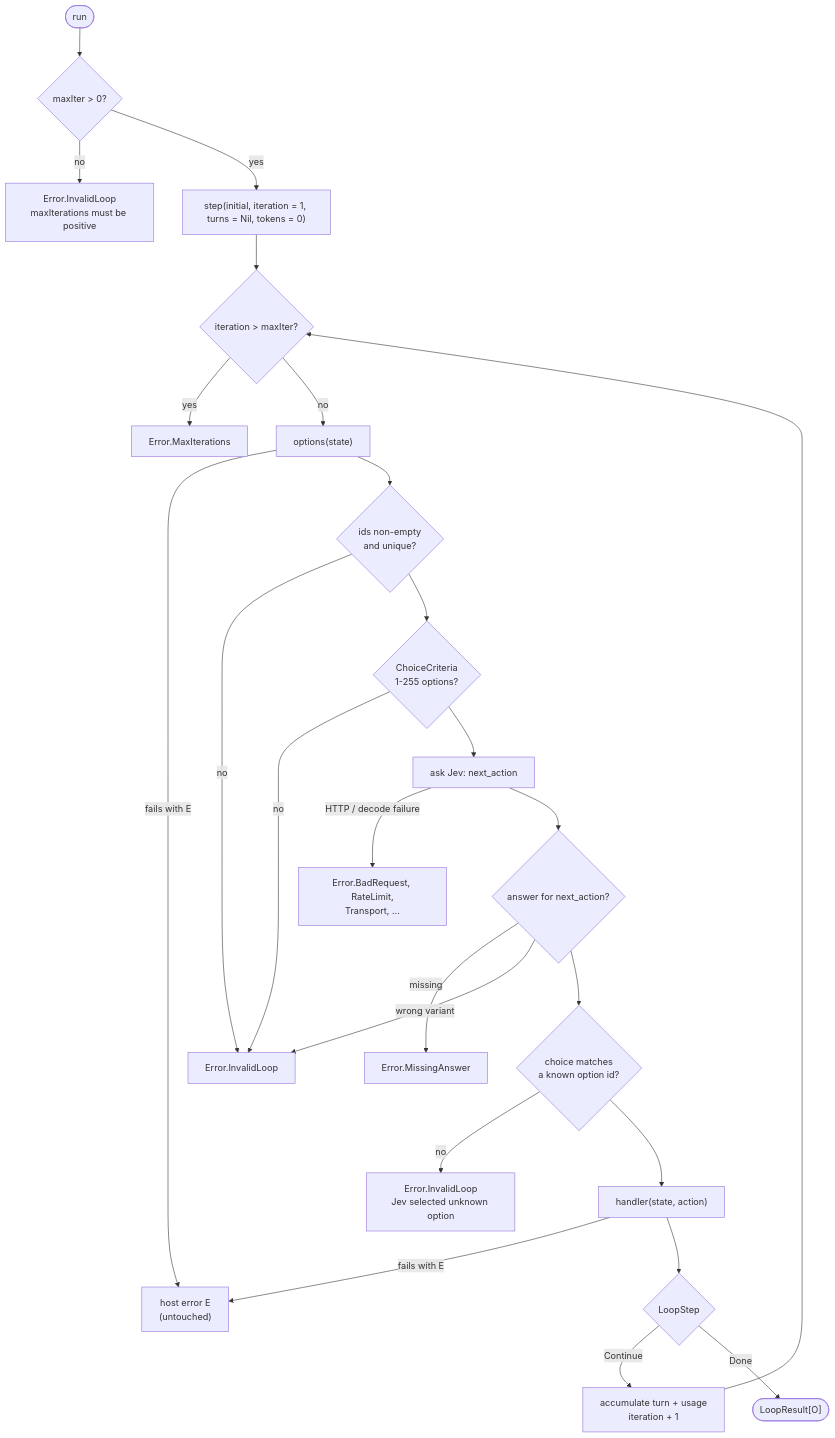
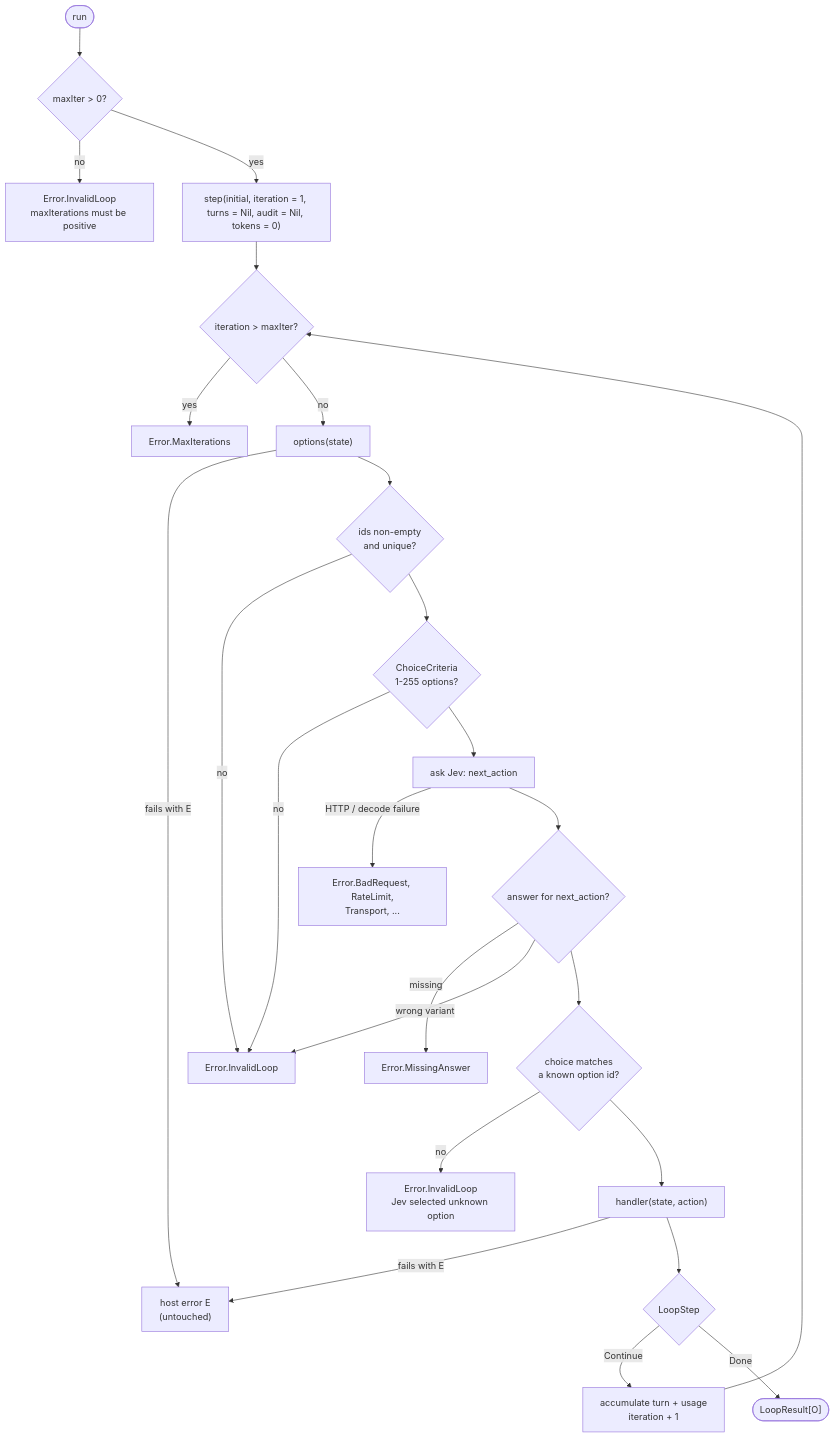
The third of 4 diagrams in docs/loop-architecture.md (jamesward/zio-typesafe-ai), drawn with Mermaid before and after one commit. The commit also changed other lines of this file and 30 other files, not shown here.

````diff
--- a/docs/loop-architecture.md
+++ b/docs/loop-architecture.md
@@ -101,31 +102,31 @@
 ```mermaid
 flowchart TD
     START(["run"]) --> MAXCHK{"maxIter > 0?"}
     MAXCHK -->|no| E1["Error.InvalidLoop<br/>maxIterations must be positive"]
-    MAXCHK -->|yes| STEP["step(initial, iteration = 1, turns = Nil, tokens = 0)"]
+    MAXCHK -->|yes| STEP["step(initial, iteration = 1, turns = Nil, audit = Nil, tokens = 0)"]
 
     STEP --> ITER{"iteration > maxIter?"}
     ITER -->|yes| E2["Error.MaxIterations"]
     ITER -->|no| OPTS["options(state)"]
 
     OPTS -->|"fails with E"| EH["host error E<br/>(untouched)"]
     OPTS --> VALID{"ids non-empty<br/>and unique?"}
     VALID -->|no| E3["Error.InvalidLoop"]
     VALID --> CRIT{"ChoiceCriteria<br/>1-255 options?"}
     CRIT -->|no| E3
     CRIT --> ASK["ask Jev: next_action"]
 
     ASK -->|"HTTP / decode failure"| E4["Error.BadRequest, RateLimit,<br/>Transport, ..."]
     ASK --> ANS{"answer for next_action?"}
     ANS -->|missing| E5["Error.MissingAnswer"]
     ANS -->|"wrong variant"| E3
     ANS --> RESOLVE{"choice matches<br/>a known option id?"}
     RESOLVE -->|no| E6["Error.InvalidLoop<br/>Jev selected unknown option"]
     RESOLVE --> HANDLE["handler(state, action)"]
 
     HANDLE -->|"fails with E"| EH
     HANDLE --> STEPKIND{"LoopStep"}
     STEPKIND -->|Continue| ACC["accumulate turn + usage<br/>iteration + 1"]
     ACC --> ITER
     STEPKIND -->|Done| RESULT(["LoopResult[O]"])
 ```
````
